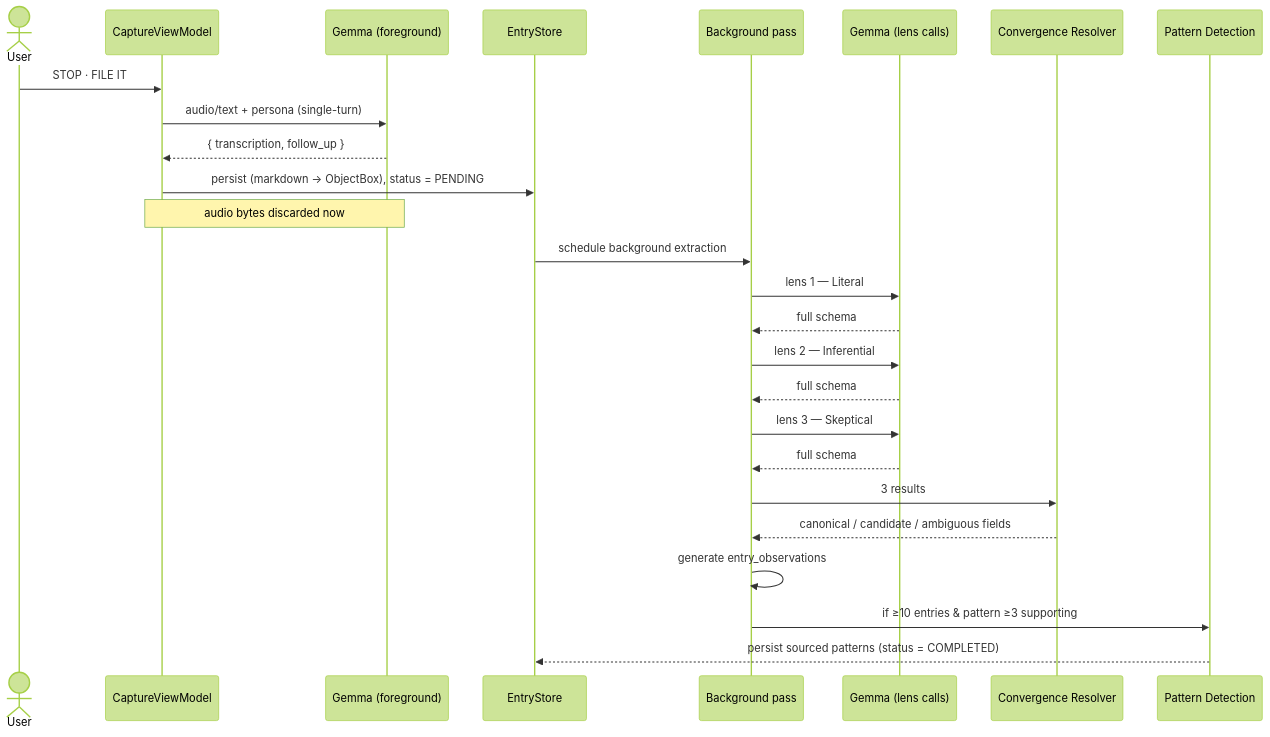
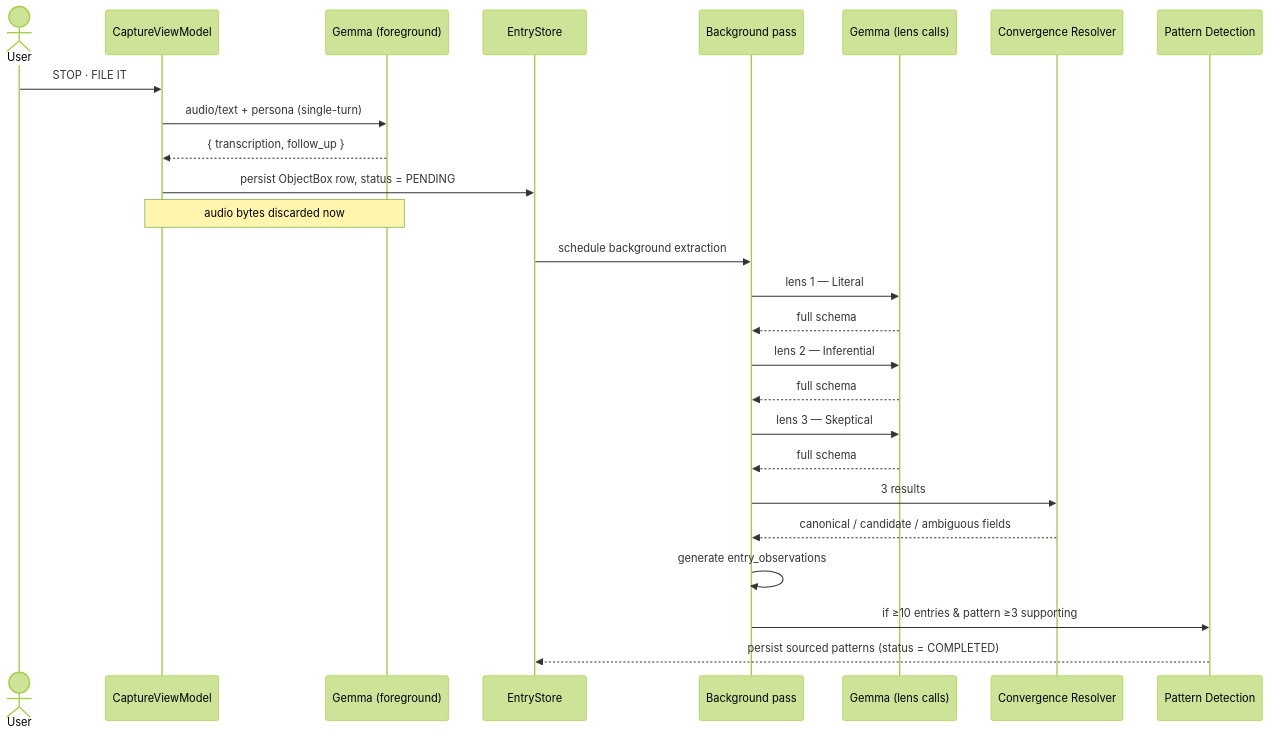
The second of 5 diagrams in docs/diagrams/llm-functionality.md (anchildress1/vestige), drawn with Mermaid (forest theme) before and after one commit. The commit also changed 77 other files, not shown here.

First line of the commit message:
feat(storage): make ObjectBox the entry source of truth (#50)

````diff
--- a/docs/diagrams/llm-functionality.md
+++ b/docs/diagrams/llm-functionality.md
@@ -52,32 +52,32 @@
 ```mermaid
 sequenceDiagram
     accTitle: Two-tier foreground and background inference sequence
-    accDescr: User stops recording. The foreground Gemma call returns transcription and follow-up. EntryStore persists markdown first then ObjectBox and marks extraction PENDING. The background pass runs three sequential lens calls, the resolver writes fields, entry observations are generated, then pattern detection runs if the threshold is met.
+    accDescr: User stops recording. The foreground Gemma call returns transcription and follow-up. EntryStore persists an ObjectBox row and marks extraction PENDING. The background pass runs three sequential lens calls, the resolver writes fields, entry observations are generated, then pattern detection runs if the threshold is met.
 
     actor U as User
     participant Cap as CaptureViewModel
     participant FG as Gemma (foreground)
     participant ES as EntryStore
     participant BG as Background pass
     participant LM as Gemma (lens calls)
     participant CR as Convergence Resolver
     participant PD as Pattern Detection
 
     U->>Cap: STOP · FILE IT
     Cap->>FG: audio/text + persona (single-turn)
     FG-->>Cap: { transcription, follow_up }
-    Cap->>ES: persist (markdown → ObjectBox), status = PENDING
+    Cap->>ES: persist ObjectBox row, status = PENDING
     Note over FG,Cap: audio bytes discarded now
     ES->>BG: schedule background extraction
     BG->>LM: lens 1 — Literal
     LM-->>BG: full schema
     BG->>LM: lens 2 — Inferential
     LM-->>BG: full schema
     BG->>LM: lens 3 — Skeptical
     LM-->>BG: full schema
     BG->>CR: 3 results
     CR-->>BG: canonical / candidate / ambiguous fields
     BG->>BG: generate entry_observations
     BG->>PD: if ≥10 entries & pattern ≥3 supporting
     PD-->>ES: persist sourced patterns (status = COMPLETED)
 ```
````
